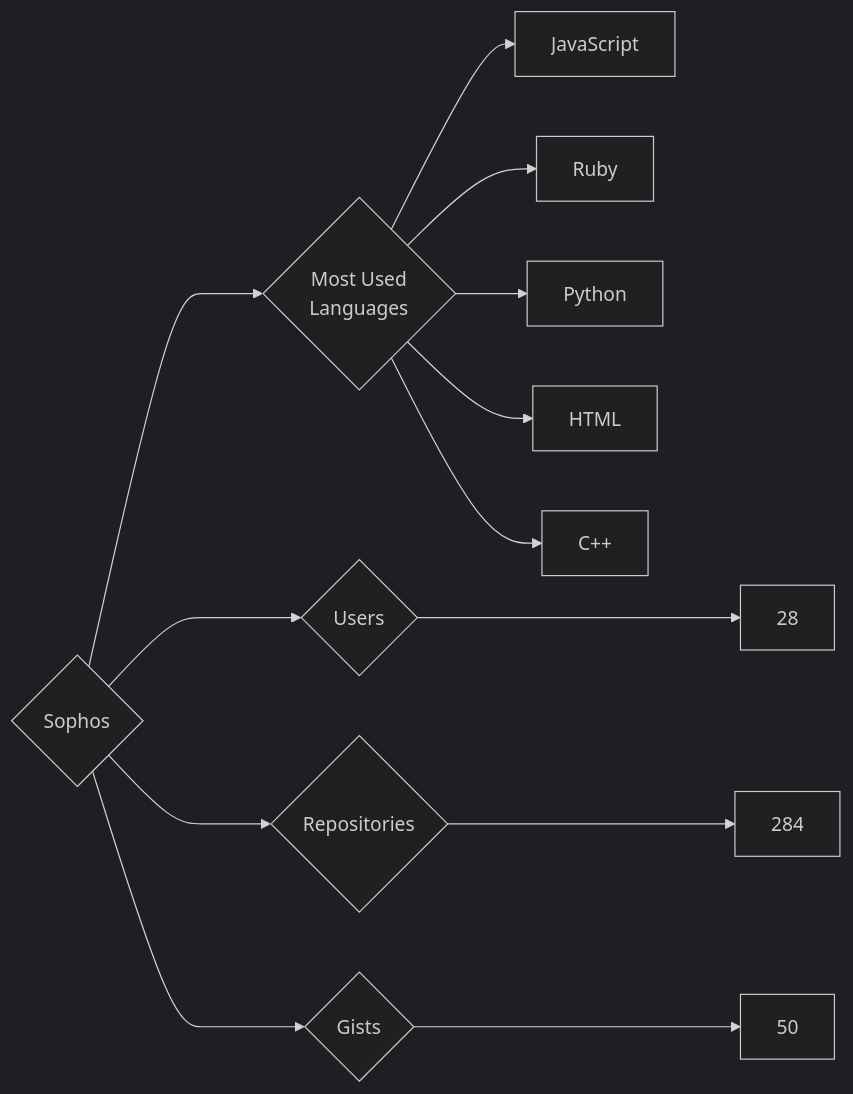
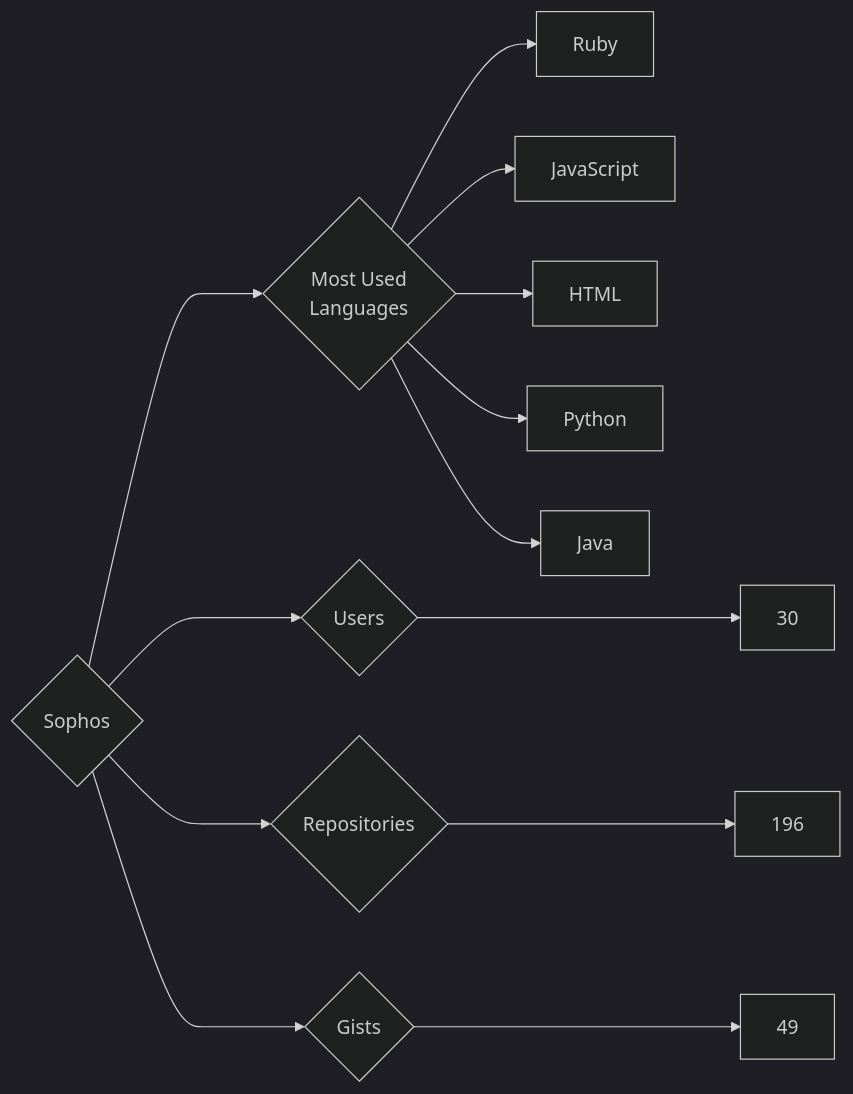
Before and after one commit to trickest/insiders: the diagram in targets/Sophos/README.md, drawn with Mermaid (dark theme). The commit also changed 953 other files, not shown here.

````diff
--- a/targets/Sophos/README.md
+++ b/targets/Sophos/README.md
@@ -3,13 +3,13 @@
 ```mermaid
 graph LR
 COMPANY_NAME{Sophos}
-COMPANY_NAME ---> U{Users} ---> UN[28]
-COMPANY_NAME ---> R{Repositories} ---> RN[284]
-COMPANY_NAME ---> G{Gists} ---> GN[50]
+COMPANY_NAME ---> U{Users} ---> UN[30]
+COMPANY_NAME ---> R{Repositories} ---> RN[196]
+COMPANY_NAME ---> G{Gists} ---> GN[49]
 COMPANY_NAME ---> ML{Most Used<br>Languages}
+ML --> Ruby[Ruby]
 ML --> JavaScript[JavaScript]
-ML --> Ruby[Ruby]
+ML --> HTML[HTML]
 ML --> Python[Python]
-ML --> HTML[HTML]
-ML --> C++[C++]
+ML --> Java[Java]
 ```
````
